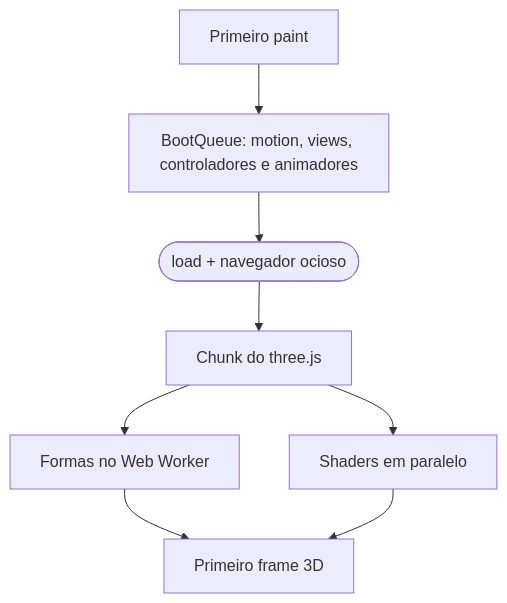
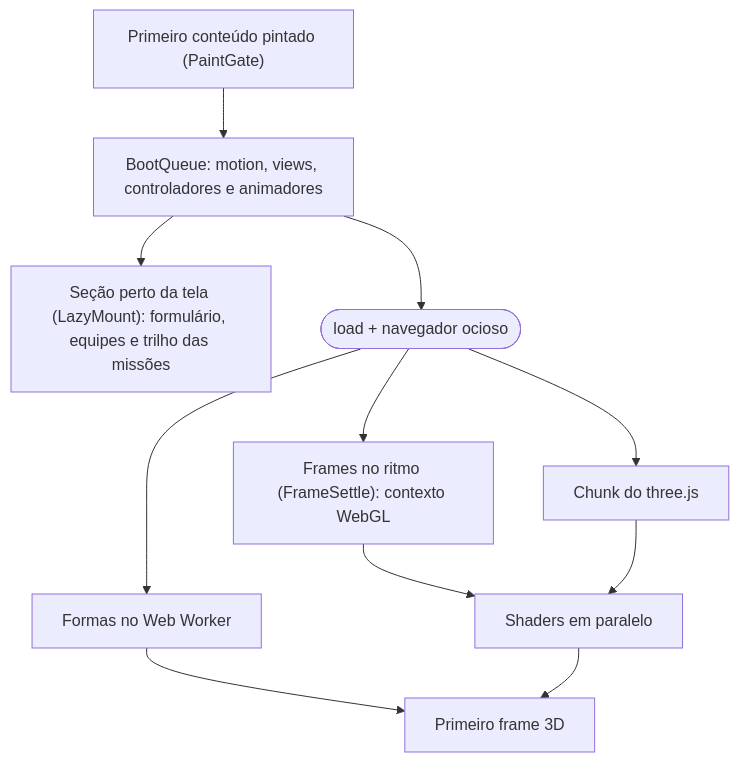
The second of 2 diagrams in README.md (Marcos-Codfy/lp-hackarun), drawn with Mermaid before and after one commit. The commit also changed other lines of this file and 16 other files, not shown here.

````diff
--- a/README.md
+++ b/README.md
@@ -310,10 +185,13 @@
 ```mermaid
 flowchart TB
-  P["Primeiro paint"] --> B["BootQueue: motion, views, controladores e animadores"]
+  P["Primeiro conteúdo pintado (PaintGate)"] --> B["BootQueue: motion, views, controladores e animadores"]
+  B --> Z["Seção perto da tela (LazyMount): formulário, equipes e trilho das missões"]
   B --> L(["load + navegador ocioso"])
   L --> X["Chunk do three.js"]
-  X --> W["Formas no Web Worker"]
-  X --> S["Shaders em paralelo"]
+  L --> W["Formas no Web Worker"]
+  L --> F["Frames no ritmo (FrameSettle): contexto WebGL"]
+  F --> S["Shaders em paralelo"]
+  X --> S
   W --> R["Primeiro frame 3D"]
   S --> R
 ```
````
